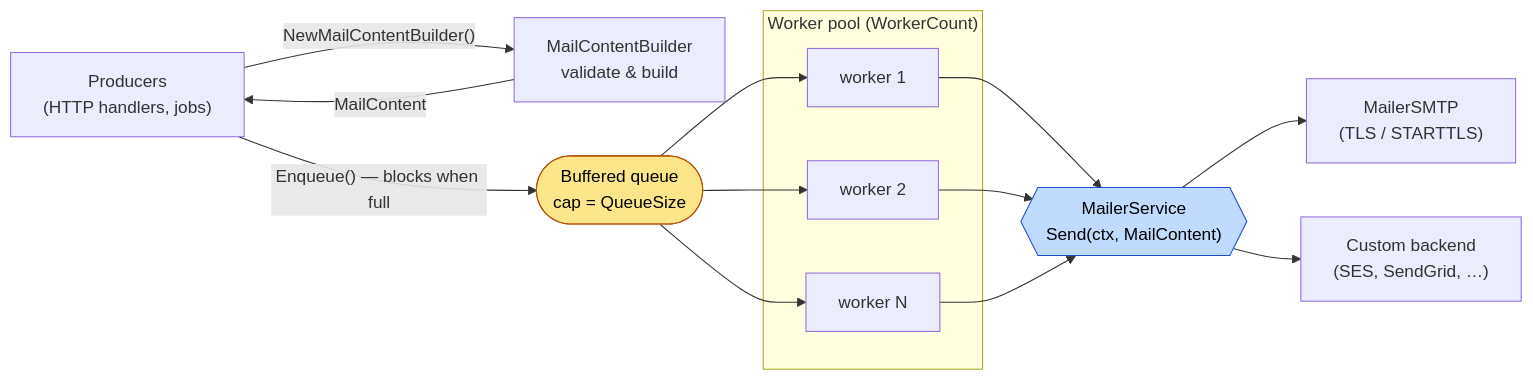
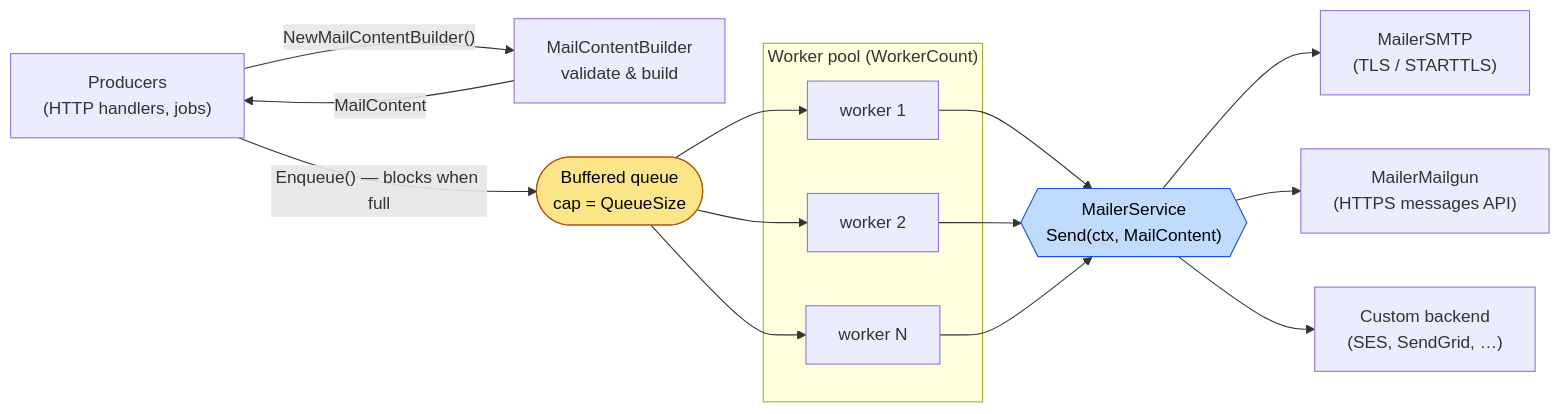
The first of 3 diagrams in README.md (slashdevops/mailer), drawn with Mermaid before and after one commit. The commit also changed other lines of this file and 5 other files, not shown here.

First line of the commit message:
feat: add MailerMailgun, an HTTP API transport (#10)

````diff
--- a/README.md
+++ b/README.md
@@ -11,27 +11,29 @@
 ```mermaid
 flowchart LR
     P["Producers<br/>(HTTP handlers, jobs)"]
     B["MailContentBuilder<br/>validate & build"]
     Q(["Buffered queue<br/>cap = QueueSize"])
     subgraph Pool["Worker pool (WorkerCount)"]
         W1["worker 1"]
         W2["worker 2"]
         WN["worker N"]
     end
     T{{"MailerService<br/>Send(ctx, MailContent)"}}
     SMTP["MailerSMTP<br/>(TLS / STARTTLS)"]
+    MG["MailerMailgun<br/>(HTTPS messages API)"]
     CUS["Custom backend<br/>(SES, SendGrid, …)"]
 
     P -->|"NewMailContentBuilder()"| B
     B -->|"MailContent"| P
     P -->|"Enqueue() — blocks when full"| Q
     Q --> W1 & W2 & WN
     W1 & W2 & WN --> T
     T --> SMTP
+    T --> MG
     T --> CUS
 
     classDef q fill:#fde68a,stroke:#b45309,color:#000;
     classDef t fill:#bfdbfe,stroke:#1d4ed8,color:#000;
     class Q q;
     class T t;
 ```
````
